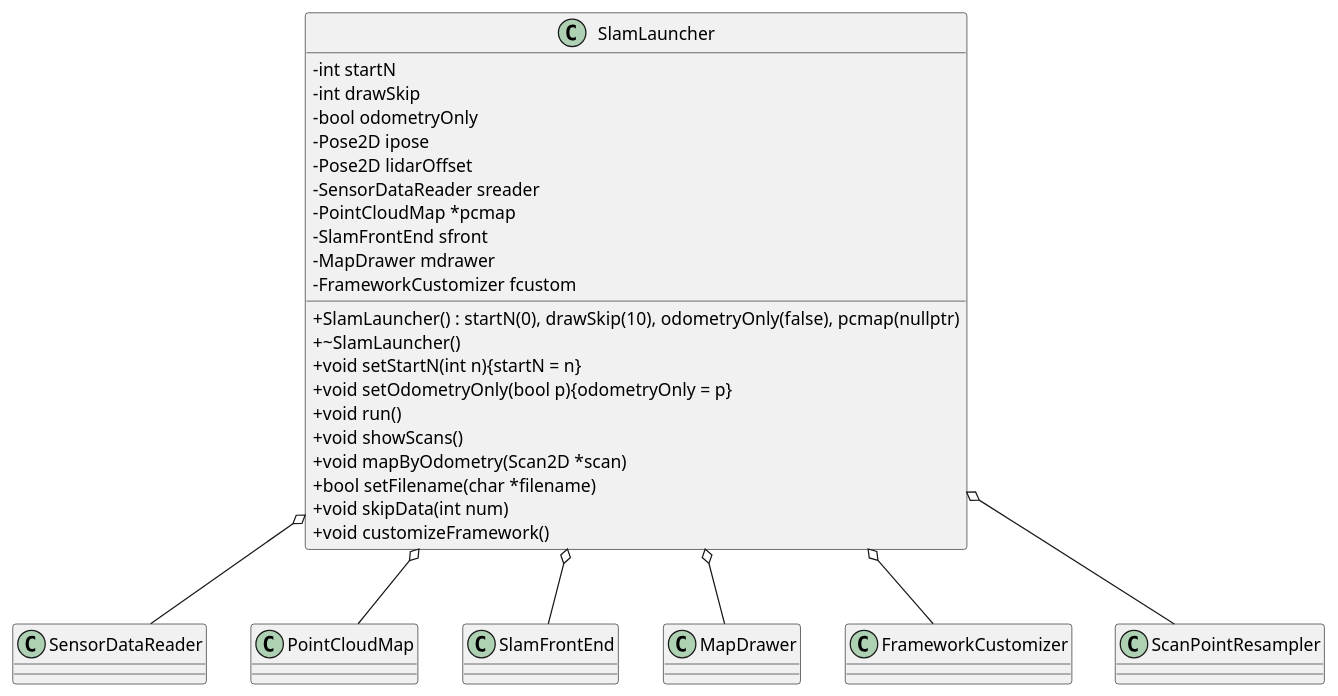
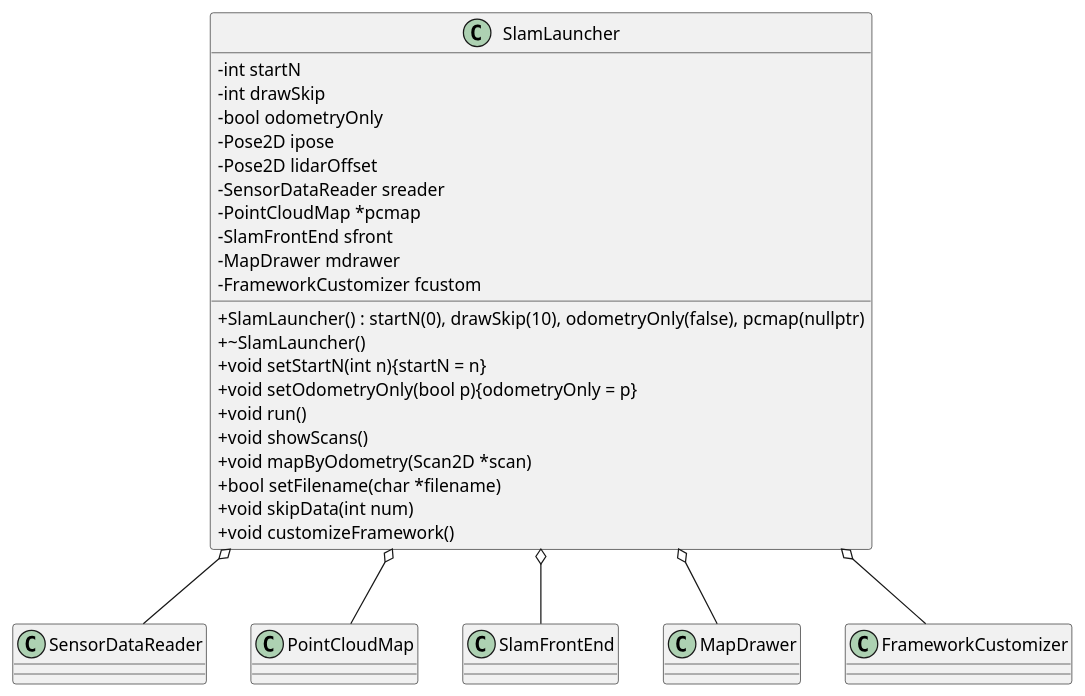
Before and after one commit to ShisatoYano/SLAMDesignUML: the diagram in PlantUML/SlamLauncher/SlamLauncher_Class.puml, drawn with PlantUML. The commit also changed 2 other files, not shown here.

Commit message:
modified class diagrams

```diff
--- a/PlantUML/SlamLauncher/SlamLauncher_Class.puml
+++ b/PlantUML/SlamLauncher/SlamLauncher_Class.puml
@@ -1,36 +1,35 @@
 @startuml
 
 skinparam classAttributeIconSize 0
 
 class SlamLauncher
 {
     - int startN
     - int drawSkip
     - bool odometryOnly
     - Pose2D ipose
     - Pose2D lidarOffset
     - SensorDataReader sreader
     - PointCloudMap *pcmap
     - SlamFrontEnd sfront
     - MapDrawer mdrawer
     - FrameworkCustomizer fcustom
     + SlamLauncher() : startN(0), drawSkip(10), odometryOnly(false), pcmap(nullptr)
     + ~SlamLauncher()
     + void setStartN(int n){startN = n}
     + void setOdometryOnly(bool p){odometryOnly = p}
     + void run()
     + void showScans()
     + void mapByOdometry(Scan2D *scan)
     + bool setFilename(char *filename)
     + void skipData(int num)
     + void customizeFramework()
 }
 
 SlamLauncher o-- SensorDataReader
 SlamLauncher o-- PointCloudMap
 SlamLauncher o-- SlamFrontEnd
 SlamLauncher o-- MapDrawer
 SlamLauncher o-- FrameworkCustomizer
-SlamLauncher o-- ScanPointResampler
 
 @enduml
```
